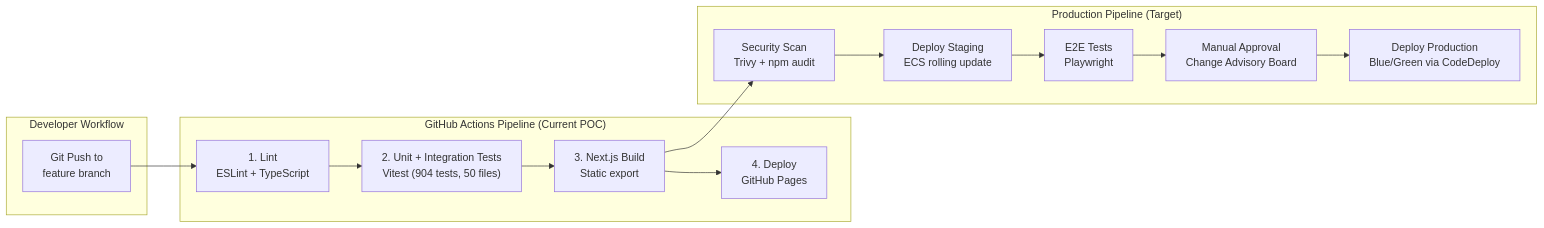
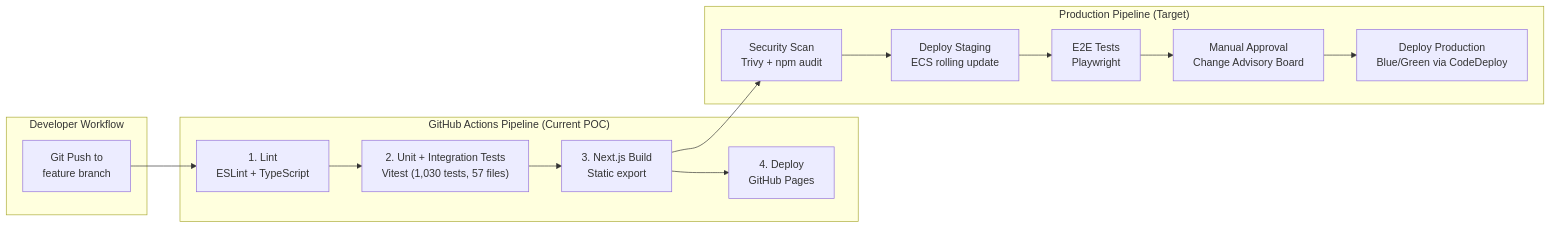
Before and after one commit to macleoda-leidos/aib-iaas-poc: the ninth of 9 diagrams in docs/architecture.md, drawn with Mermaid. The commit also changed other lines of this file and 31 other files, not shown here.

````diff
--- a/docs/architecture.md
+++ b/docs/architecture.md
@@ -742,24 +742,24 @@
 ```mermaid
 graph LR
     subgraph "Developer Workflow"
         commit["Git Push to<br/>feature branch"]
     end
 
     subgraph "GitHub Actions Pipeline (Current POC)"
         lint["1. Lint<br/>ESLint + TypeScript"]
-        test["2. Unit + Integration Tests<br/>Vitest (904 tests, 50 files)"]
+        test["2. Unit + Integration Tests<br/>Vitest (1,030 tests, 57 files)"]
         build["3. Next.js Build<br/>Static export"]
         deploy["4. Deploy<br/>GitHub Pages"]
     end
 
     subgraph "Production Pipeline (Target)"
         scan["Security Scan<br/>Trivy + npm audit"]
         staging["Deploy Staging<br/>ECS rolling update"]
         e2e["E2E Tests<br/>Playwright"]
         approve["Manual Approval<br/>Change Advisory Board"]
         prod["Deploy Production<br/>Blue/Green via CodeDeploy"]
     end
 
     commit --> lint --> test --> build --> deploy
     build --> scan --> staging --> e2e --> approve --> prod
 ```
````
